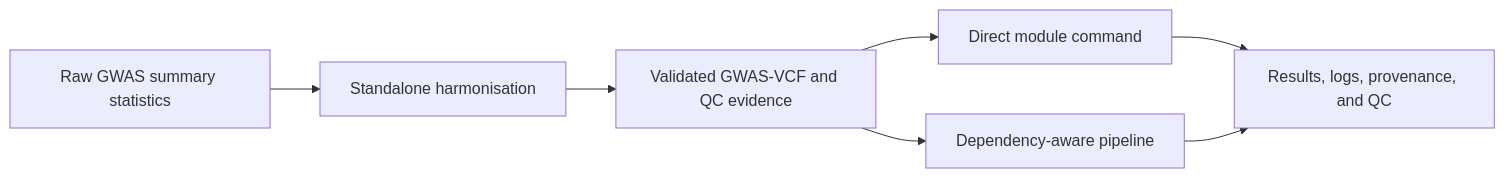
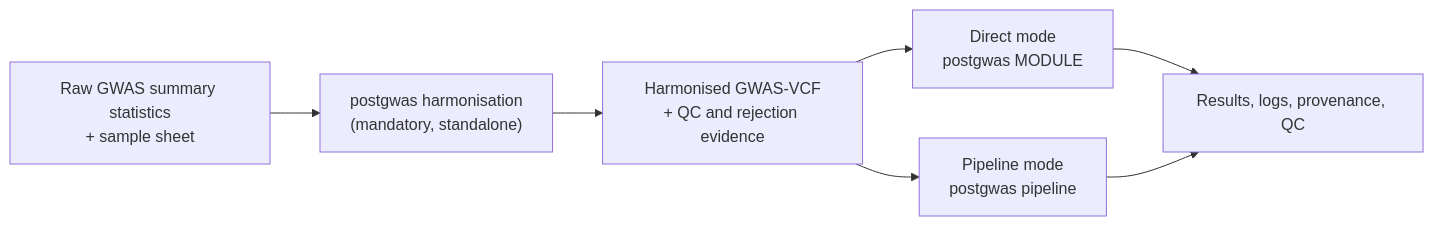
One commit to JIBINJOHNV/postgwas_v2 changed the diagram in README.md. Above: the diagram before and after it, drawn with Mermaid. The commit also changed other lines of this file and 29 other files, not shown here.

````diff
--- a/README.md
+++ b/README.md
@@ -29,9 +75,9 @@
 ```mermaid
 flowchart LR
-    A["Raw GWAS summary statistics"] --> B["Standalone harmonisation"]
-    B --> C["Validated GWAS-VCF and QC evidence"]
-    C --> D["Direct module command"]
-    C --> E["Dependency-aware pipeline"]
-    D --> F["Results, logs, provenance, and QC"]
+    A["Raw GWAS summary statistics<br/>+ sample sheet"] --> B["postgwas harmonisation<br/>(mandatory, standalone)"]
+    B --> C["Harmonised GWAS-VCF<br/>+ QC and rejection evidence"]
+    C --> D["Direct mode<br/>postgwas MODULE"]
+    C --> E["Pipeline mode<br/>postgwas pipeline"]
+    D --> F["Results, logs, provenance, QC"]
     E --> F
 ```
````
